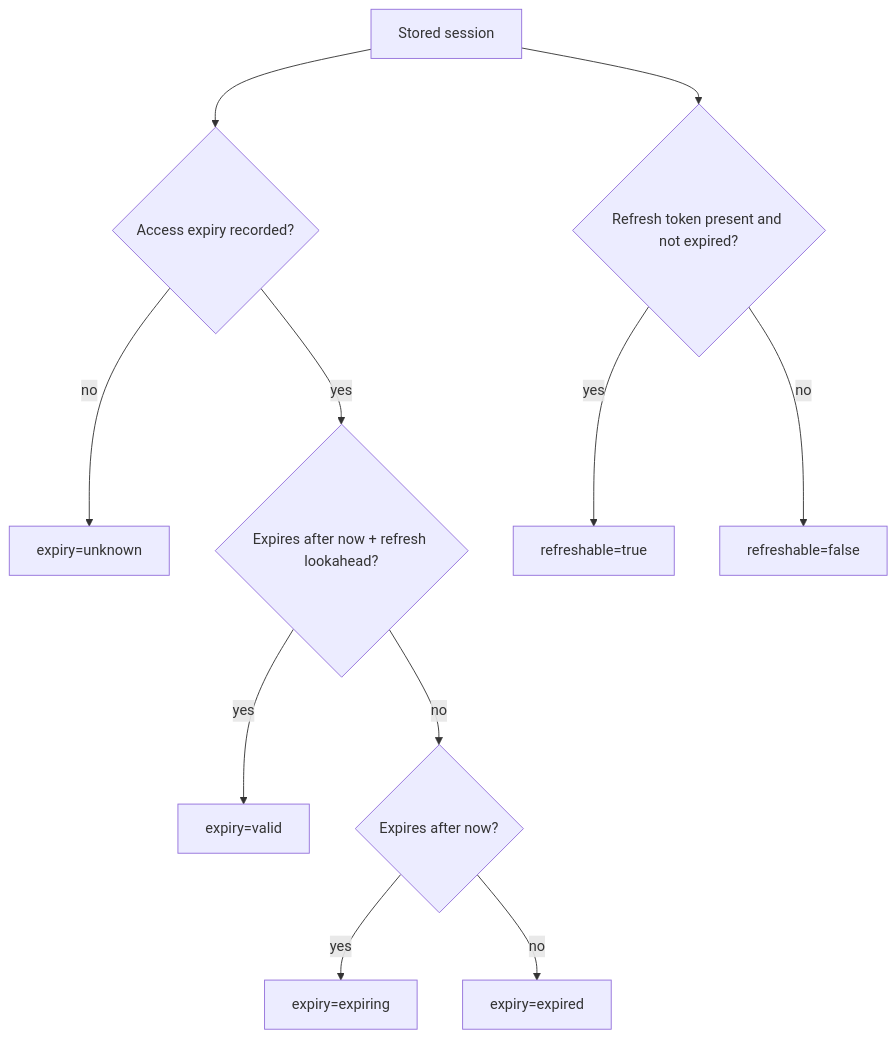
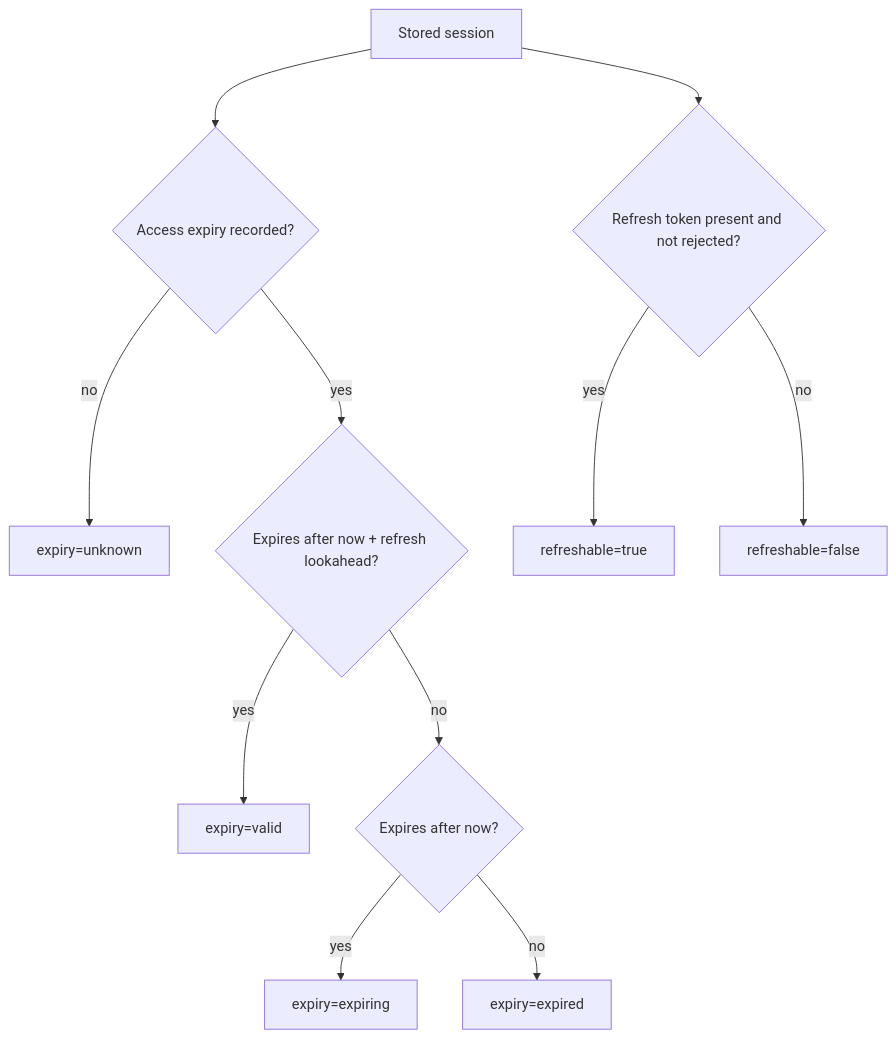
Before and after one commit to zalando-incubator/agentic-identity-broker: the first of 2 diagrams in specs/053-session-auto-refresh/spec.md, drawn with Mermaid. The commit also changed other lines of this file and 137 other files, not shown here.

````diff
--- a/specs/053-session-auto-refresh/spec.md
+++ b/specs/053-session-auto-refresh/spec.md
@@ -519,13 +519,13 @@
 ```mermaid
 flowchart TD
     A["Stored session"] --> B{Access expiry recorded?}
     B -- no --> U["expiry=unknown"]
     B -- yes --> C{Expires after now + refresh lookahead?}
     C -- yes --> V["expiry=valid"]
     C -- no --> D{Expires after now?}
     D -- yes --> R["expiry=expiring"]
     D -- no --> X["expiry=expired"]
-    A --> E{Refresh token present and not expired?}
+    A --> E{Refresh token present and not rejected?}
     E -- yes --> T["refreshable=true"]
     E -- no --> F["refreshable=false"]
 ```
````
